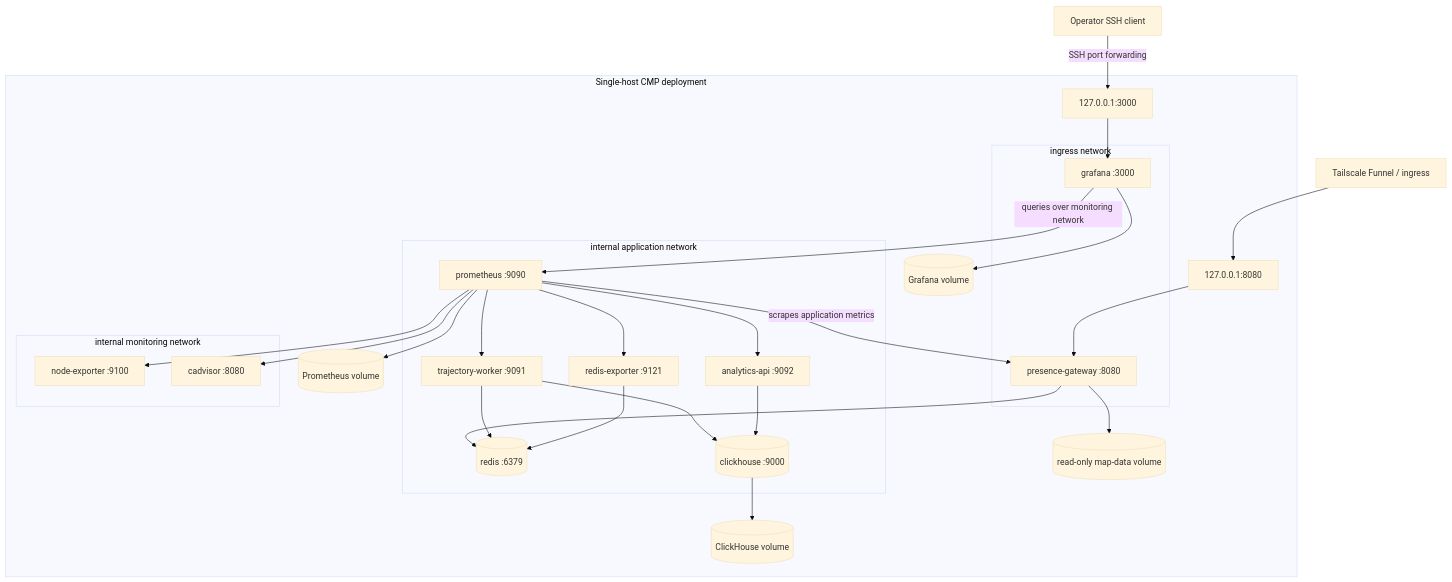
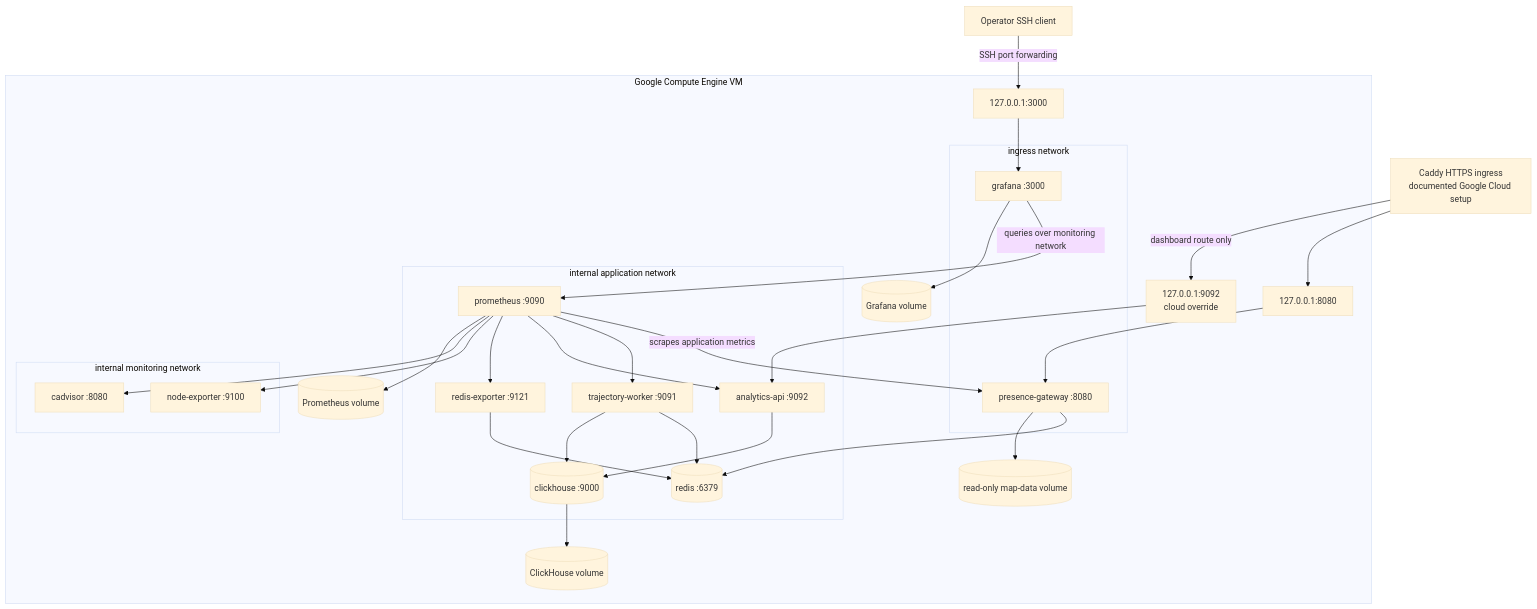
One commit to muliang0711/Tarumt-arena-indoor-navigation-app changed the second of 6 diagrams in tarumt-nav-app/docs/backend/architecture.md. Above: the diagram before and after it, drawn with Mermaid (base theme). The commit also changed other lines of this file and 394 other files, not shown here.

First line of the commit message:
feat: add dashboard endpoint to analytics API

````diff
--- a/tarumt-nav-app/docs/backend/architecture.md
+++ b/tarumt-nav-app/docs/backend/architecture.md
@@ -57,52 +58,54 @@
 ```mermaid
 flowchart TB
-    Internet["Tailscale Funnel / ingress"]
+    Internet["Caddy HTTPS ingress<br/>documented Google Cloud setup"]
 
-    subgraph Host["Single-host CMP deployment"]
+    subgraph Host["Google Compute Engine VM"]
         GatewayLoopback["127.0.0.1:8080"]
+        AnalyticsLoopback["127.0.0.1:9092<br/>cloud override"]
         GrafanaLoopback["127.0.0.1:3000"]
 
         subgraph IngressNet["ingress network"]
             Gateway["presence-gateway :8080"]
             Grafana["grafana :3000"]
         end
 
         subgraph AppNet["internal application network"]
             Redis[("redis :6379")]
             Worker["trajectory-worker :9091"]
             ClickHouse[("clickhouse :9000")]
             Analytics["analytics-api :9092"]
             RedisExporter["redis-exporter :9121"]
             Prometheus["prometheus :9090"]
         end
 
         subgraph MonitoringNet["internal monitoring network"]
             NodeExporter["node-exporter :9100"]
             CAdvisor["cadvisor :8080"]
         end
 
         MapData[("read-only map-data volume")]
         CHData[("ClickHouse volume")]
         PromData[("Prometheus volume")]
         GrafanaData[("Grafana volume")]
     end
 
     Operator["Operator SSH client"] -->|"SSH port forwarding"| GrafanaLoopback --> Grafana
     Internet --> GatewayLoopback --> Gateway
+    Internet -->|"dashboard route only"| AnalyticsLoopback --> Analytics
     Gateway --> Redis
     Gateway --> MapData
     Worker --> Redis
     Worker --> ClickHouse
     Analytics --> ClickHouse
     ClickHouse --> CHData
     RedisExporter --> Redis
     Prometheus -->|"scrapes application metrics"| Gateway
     Prometheus --> Worker
     Prometheus --> Analytics
     Prometheus --> RedisExporter
     Prometheus --> NodeExporter
     Prometheus --> CAdvisor
     Grafana -->|"queries over monitoring network"| Prometheus
     Prometheus --> PromData
     Grafana --> GrafanaData
 ```
````
